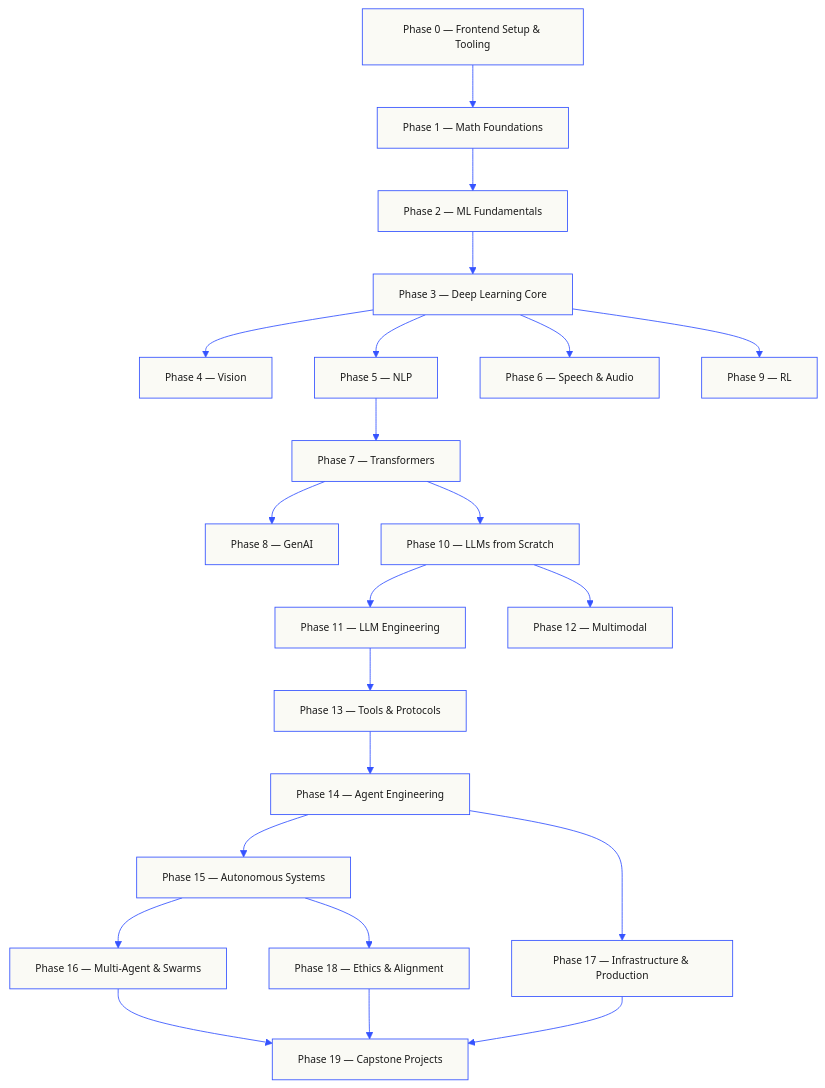
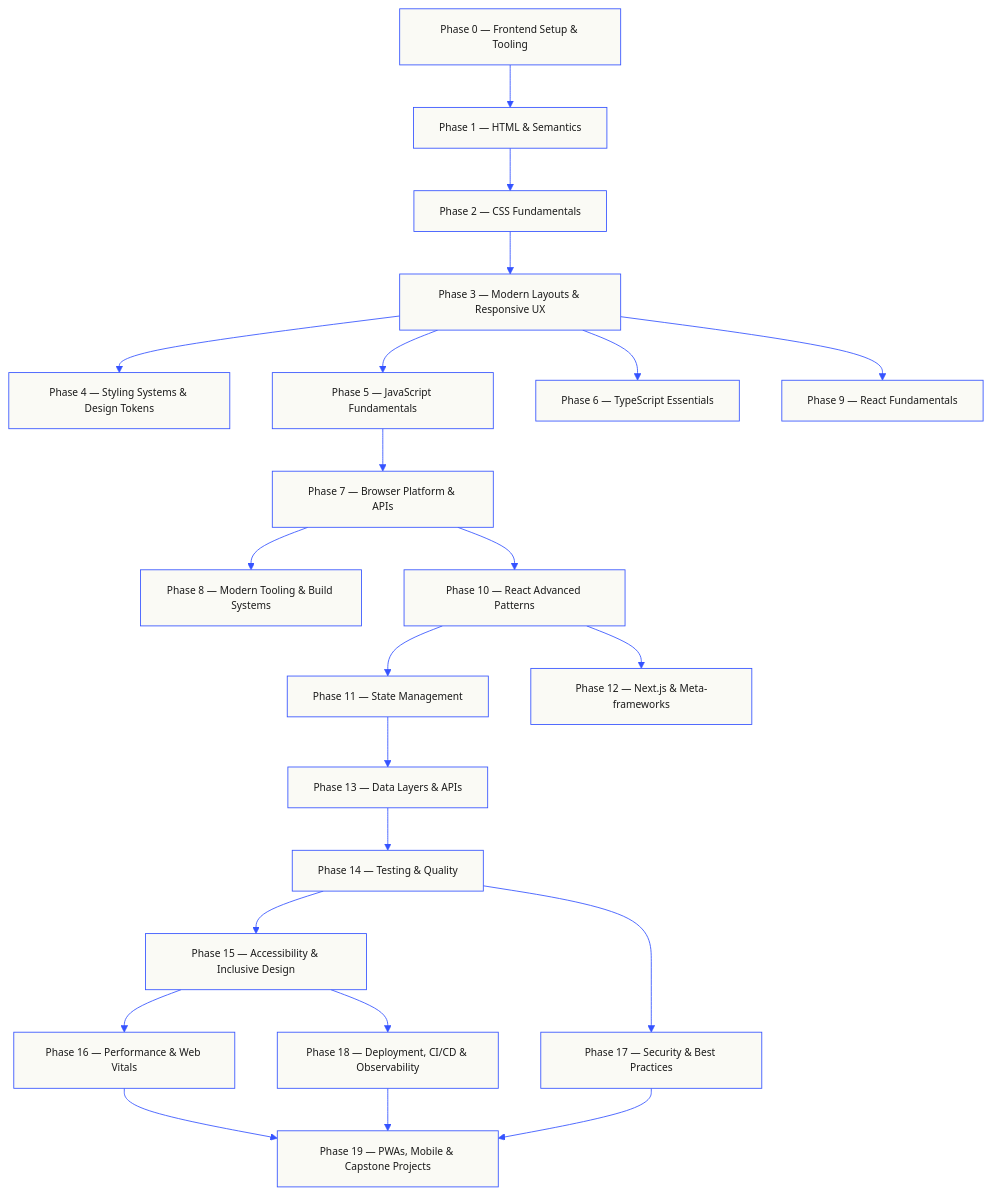
Before and after one commit to konyan/frontend-bootcamp: the first of 2 diagrams in README.md, drawn with Mermaid. The commit also changed other lines of this file and 2089 other files, not shown here.

````diff
--- a/README.md
+++ b/README.md
@@ -51,25 +51,25 @@
 ```mermaid
 %%{init: {'theme':'base','themeVariables':{'primaryColor':'#fafaf5','primaryTextColor':'#1a1a1a','primaryBorderColor':'#3553ff','lineColor':'#3553ff','fontFamily':'JetBrains Mono','fontSize':'12px'}}}%%
 flowchart TB
-  P0["Phase 0 — Frontend Setup &amp; Tooling"] --> P1["Phase 1 — Math Foundations"]
-  P1 --> P2["Phase 2 — ML Fundamentals"]
-  P2 --> P3["Phase 3 — Deep Learning Core"]
-  P3 --> P4["Phase 4 — Vision"]
-  P3 --> P5["Phase 5 — NLP"]
-  P3 --> P6["Phase 6 — Speech &amp; Audio"]
-  P3 --> P9["Phase 9 — RL"]
-  P5 --> P7["Phase 7 — Transformers"]
-  P7 --> P8["Phase 8 — GenAI"]
-  P7 --> P10["Phase 10 — LLMs from Scratch"]
-  P10 --> P11["Phase 11 — LLM Engineering"]
-  P10 --> P12["Phase 12 — Multimodal"]
-  P11 --> P13["Phase 13 — Tools &amp; Protocols"]
-  P13 --> P14["Phase 14 — Agent Engineering"]
-  P14 --> P15["Phase 15 — Autonomous Systems"]
-  P15 --> P16["Phase 16 — Multi-Agent &amp; Swarms"]
-  P14 --> P17["Phase 17 — Infrastructure &amp; Production"]
-  P15 --> P18["Phase 18 — Ethics &amp; Alignment"]
-  P16 --> P19["Phase 19 — Capstone Projects"]
+  P0["Phase 0 — Frontend Setup &amp; Tooling"] --> P1["Phase 1 — HTML & Semantics"]
+  P1 --> P2["Phase 2 — CSS Fundamentals"]
+  P2 --> P3["Phase 3 — Modern Layouts & Responsive UX"]
+  P3 --> P4["Phase 4 — Styling Systems &amp; Design Tokens"]
+  P3 --> P5["Phase 5 — JavaScript Fundamentals"]
+  P3 --> P6["Phase 6 — TypeScript Essentials"]
+  P3 --> P9["Phase 9 — React Fundamentals"]
+  P5 --> P7["Phase 7 — Browser Platform & APIs"]
+  P7 --> P8["Phase 8 — Modern Tooling &amp; Build Systems"]
+  P7 --> P10["Phase 10 — React Advanced Patterns"]
+  P10 --> P11["Phase 11 — State Management"]
+  P10 --> P12["Phase 12 — Next.js & Meta-frameworks"]
+  P11 --> P13["Phase 13 — Data Layers &amp; APIs"]
+  P13 --> P14["Phase 14 — Testing & Quality"]
+  P14 --> P15["Phase 15 — Accessibility & Inclusive Design"]
+  P15 --> P16["Phase 16 — Performance &amp; Web Vitals"]
+  P14 --> P17["Phase 17 — Security &amp; Best Practices"]
+  P15 --> P18["Phase 18 — Deployment, CI/CD &amp; Observability"]
+  P16 --> P19["Phase 19 — PWAs, Mobile & Capstone Projects"]
   P17 --> P19
   P18 --> P19
 ```
````
